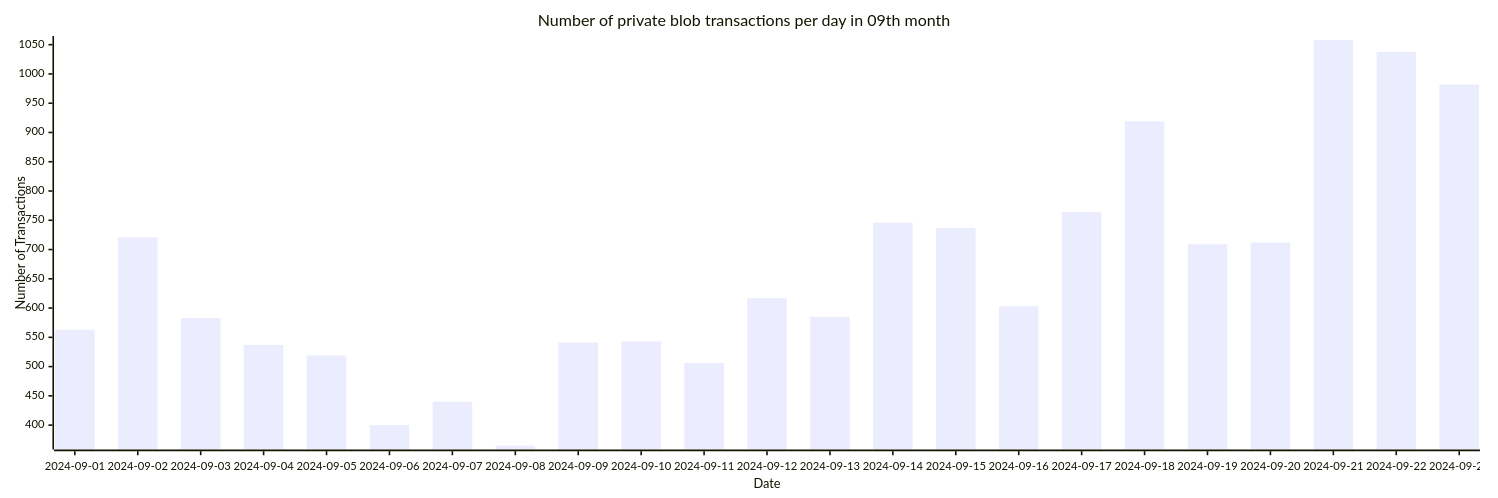
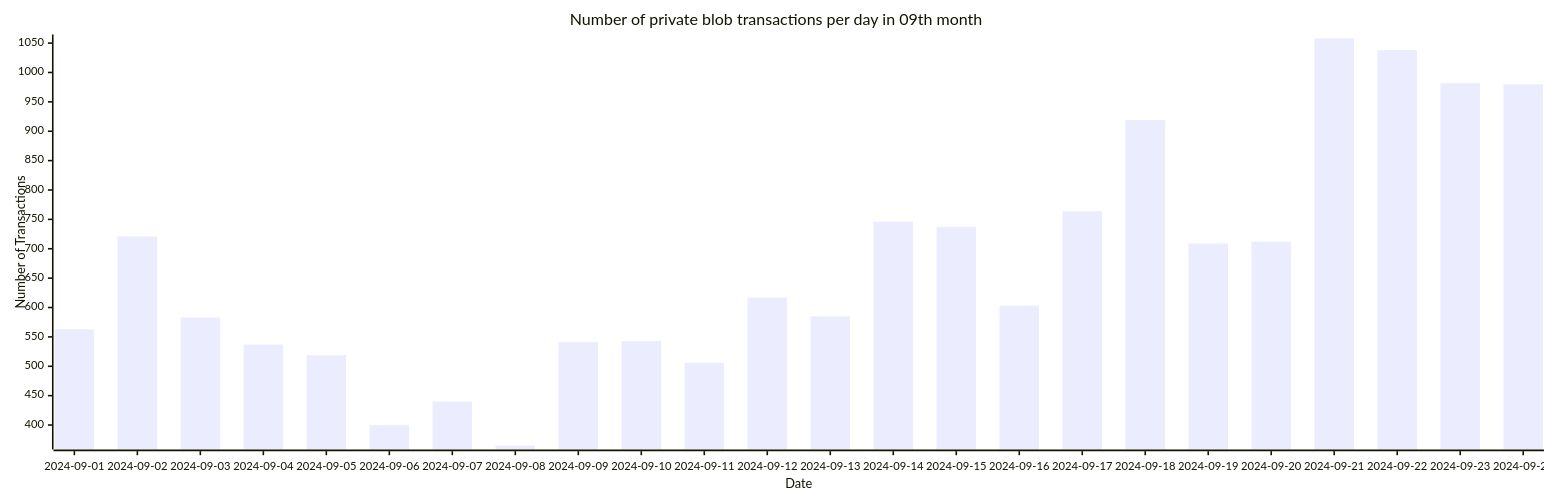
One commit to Amit0617/eip4844-data changed the seventh of 7 diagrams in README.md. Above: the diagram before and after it, drawn with Mermaid. The commit also changed 1 other file, not shown here.

````diff
--- a/README.md
+++ b/README.md
@@ -79,12 +79,12 @@
 ```mermaid
 ---
 config:
     xyChart:
-        width: 1840
+        width: 1920
         height: 600
 ---
 xychart-beta title "Number of private blob transactions per day in 09th month"
-x-axis "Date" [2024-09-01,2024-09-02,2024-09-03,2024-09-04,2024-09-05,2024-09-06,2024-09-07,2024-09-08,2024-09-09,2024-09-10,2024-09-11,2024-09-12,2024-09-13,2024-09-14,2024-09-15,2024-09-16,2024-09-17,2024-09-18,2024-09-19,2024-09-20,2024-09-21,2024-09-22,2024-09-23]
+x-axis "Date" [2024-09-01,2024-09-02,2024-09-03,2024-09-04,2024-09-05,2024-09-06,2024-09-07,2024-09-08,2024-09-09,2024-09-10,2024-09-11,2024-09-12,2024-09-13,2024-09-14,2024-09-15,2024-09-16,2024-09-17,2024-09-18,2024-09-19,2024-09-20,2024-09-21,2024-09-22,2024-09-23,2024-09-24]
 y-axis "Number of Transactions"
-bar[563,721,583,537,519,400,440,365,541,543,506,617,585,746,737,603,764,919,709,712,1058,1038,982]
+bar[563,721,583,537,519,400,440,365,541,543,506,617,585,746,737,603,764,919,709,712,1058,1038,982,980]
 ```
````
